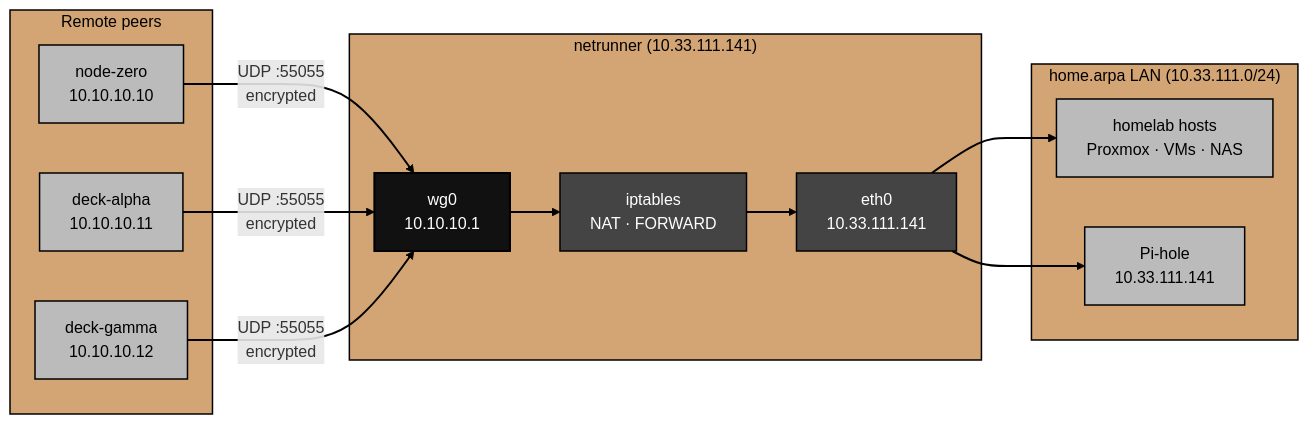
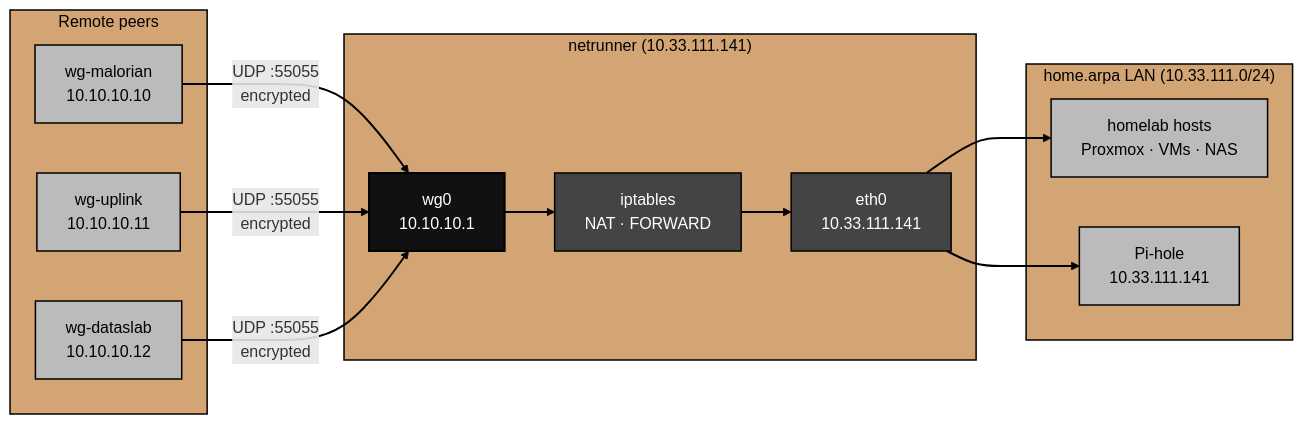
Before and after one commit to arpatek/home.arpa: the diagram in wireguard/docs/architecture.md, drawn with Mermaid. The commit also changed other lines of this file and 3 other files, not shown here.

````diff
--- a/wireguard/docs/architecture.md
+++ b/wireguard/docs/architecture.md
@@ -36,36 +36,36 @@
 ```mermaid
 flowchart LR
     subgraph PEERS["Remote peers"]
-        NZ["node-zero\n10.10.10.10"]
-        DA["deck-alpha\n10.10.10.11"]
-        DG["deck-gamma\n10.10.10.12"]
+        NZ["wg-malorian\n10.10.10.10"]
+        DA["wg-uplink\n10.10.10.11"]
+        DG["wg-dataslab\n10.10.10.12"]
     end
 
     subgraph RPI["netrunner (10.33.111.141)"]
         WG["wg0\n10.10.10.1"]
         IPT["iptables\nNAT · FORWARD"]
         ETH["eth0\n10.33.111.141"]
         WG --> IPT --> ETH
     end
 
     subgraph LAN["home.arpa LAN (10.33.111.0/24)"]
         HOSTS["homelab hosts\nProxmox · VMs · NAS"]
         DNS["Pi-hole\n10.33.111.141"]
     end
 
     NZ & DA & DG -->|"UDP :55055\nencrypted"| WG
     ETH --> HOSTS
     ETH --> DNS
 
     linkStyle default stroke:#000000,stroke-width:2px;
 
     classDef core      fill:#111111,stroke:#000000,color:#ffffff,stroke-width:2px;
     classDef service   fill:#444444,stroke:#000000,color:#ffffff,stroke-width:1.5px;
     classDef external  fill:#bbbbbb,stroke:#000000,color:#000000,stroke-width:1.5px;
     classDef hostlabel fill:#d4a574,stroke:#000000,color:#000000,stroke-width:1.5px;
 
     class WG core;
     class IPT,ETH service;
     class NZ,DA,DG,HOSTS,DNS external;
     class PEERS,RPI,LAN hostlabel;
 ```
````
